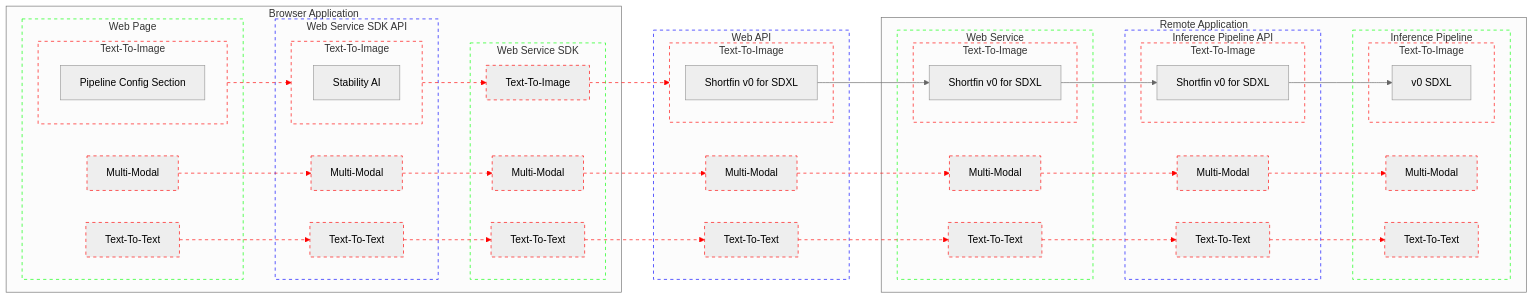
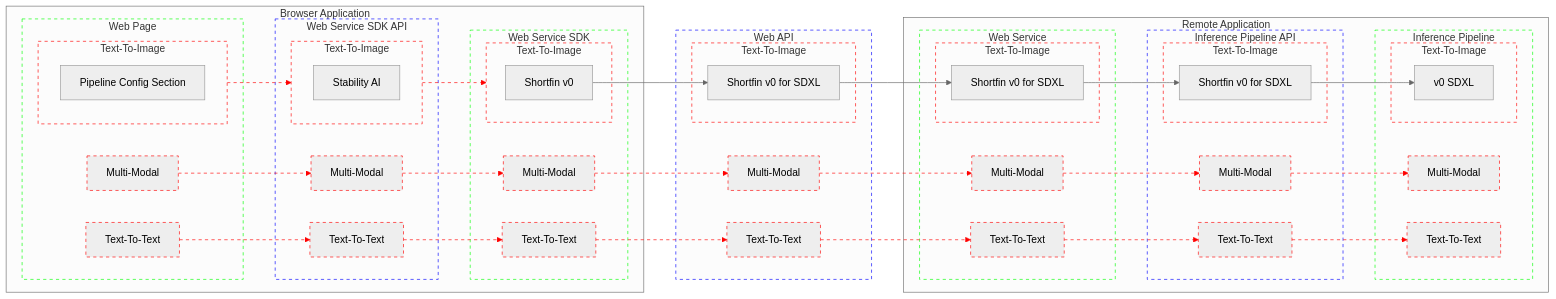
Before and after one commit to bjacobgordon/shark-ui: the diagram in docs/webAPI/architecture.mmd, drawn with Mermaid (neutral theme).

Commit message:
step(SDXL): connects web service SDK via web API

```diff
--- a/docs/webAPI/architecture.mmd
+++ b/docs/webAPI/architecture.mmd
@@ -1,168 +1,169 @@
 flowchart LR
   classDef Contract          stroke: #00F, stroke-dasharray: 5
   classDef ApplicationModule stroke: #0F0, stroke-dasharray: 5
   classDef InferenceModality stroke: #F00, stroke-dasharray: 5
 
   subgraph BrowserApplication[Browser Application]
     subgraph BrowserApplication_WebPage[Web Page]
       subgraph BrowserApplication_WebPage_TextToImage[Text-To-Image]
         BrowserApplication_WebPage_TextToImage_PipelineConfigSection[Pipeline Config Section]
       end
       class BrowserApplication_WebPage_TextToImage InferenceModality
 
       BrowserApplication_WebPage_MultiModal[Multi-Modal]
       class BrowserApplication_WebPage_MultiModal InferenceModality
 
       BrowserApplication_WebPage_TextToText[Text-To-Text]
       class BrowserApplication_WebPage_TextToText InferenceModality
     end
     class BrowserApplication_WebPage ApplicationModule
 
 
     BrowserApplication_WebPage_TextToImage BrowserApplication_WebPage__TextToImage__BrowserApplication_WebServiceSDK_API@--> BrowserApplication_WebServiceSDK_API_TextToImage
     class BrowserApplication_WebPage_TextToImage InferenceModality
     class BrowserApplication_WebPage__TextToImage__BrowserApplication_WebServiceSDK_API InferenceModality
 
     BrowserApplication_WebPage_MultiModal BrowserApplication_WebPage__MultiModal__BrowserApplication_WebServiceSDK_API@--> BrowserApplication_WebServiceSDK_API_MultiModal
     class BrowserApplication_WebPage__MultiModal__BrowserApplication_WebServiceSDK_API InferenceModality
 
     BrowserApplication_WebPage_TextToText BrowserApplication_WebPage__TextToText__BrowserApplication_WebServiceSDK_API@--> BrowserApplication_WebServiceSDK_API_TextToText
     class BrowserApplication_WebPage__TextToText__BrowserApplication_WebServiceSDK_API InferenceModality
 
 
     subgraph BrowserApplication_WebServiceSDK_API[Web Service SDK API]
       subgraph BrowserApplication_WebServiceSDK_API_TextToImage[Text-To-Image]
         BrowserApplication_WebServiceSDK_API_TextToImage_StabilityAI[Stability AI]
       end
       class BrowserApplication_WebServiceSDK_API_TextToImage InferenceModality
 
       BrowserApplication_WebServiceSDK_API_MultiModal[Multi-Modal]
       class BrowserApplication_WebServiceSDK_API_MultiModal InferenceModality
 
       BrowserApplication_WebServiceSDK_API_TextToText[Text-To-Text]
       class BrowserApplication_WebServiceSDK_API_TextToText InferenceModality
     end
     class BrowserApplication_WebServiceSDK_API Contract
 
 
     BrowserApplication_WebServiceSDK_API_TextToImage BrowserApplication_WebServiceSDK_API__TextToImage__BrowserApplication_WebServiceSDK@--> BrowserApplication_WebServiceSDK_TextToImage
     class BrowserApplication_WebServiceSDK_API__TextToImage__BrowserApplication_WebServiceSDK InferenceModality
 
     BrowserApplication_WebServiceSDK_API_MultiModal BrowserApplication_WebServiceSDK_API__MultiModal__BrowserApplication_WebServiceSDK@--> BrowserApplication_WebServiceSDK_MultiModal
     class BrowserApplication_WebServiceSDK_API__MultiModal__BrowserApplication_WebServiceSDK InferenceModality
 
     BrowserApplication_WebServiceSDK_API_TextToText BrowserApplication_WebServiceSDK_API__TextToText__BrowserApplication_WebServiceSDK@--> BrowserApplication_WebServiceSDK_TextToText
     class BrowserApplication_WebServiceSDK_API__TextToText__BrowserApplication_WebServiceSDK InferenceModality
 
 
     subgraph BrowserApplication_WebServiceSDK[Web Service SDK]
-      BrowserApplication_WebServiceSDK_TextToImage[Text-To-Image]
+      subgraph BrowserApplication_WebServiceSDK_TextToImage[Text-To-Image]
+        BrowserApplication_WebServiceSDK_TextToImage_Shortfin_v0[Shortfin v0]
+      end
       class BrowserApplication_WebServiceSDK_TextToImage InferenceModality
 
       BrowserApplication_WebServiceSDK_MultiModal[Multi-Modal]
       class BrowserApplication_WebServiceSDK_MultiModal InferenceModality
 
       BrowserApplication_WebServiceSDK_TextToText[Text-To-Text]
       class BrowserApplication_WebServiceSDK_TextToText InferenceModality
     end
     class BrowserApplication_WebServiceSDK ApplicationModule
   end
 
 
-  BrowserApplication_WebServiceSDK_TextToImage BrowserApplication_WebServiceSDK__TextToImage__WebAPI@--> WebAPI_TextToImage
-  class BrowserApplication_WebServiceSDK__TextToImage__WebAPI InferenceModality
+  BrowserApplication_WebServiceSDK_TextToImage_Shortfin_v0 --> WebAPI_TextToImage_Shortfin_v0_SDXL
 
   BrowserApplication_WebServiceSDK_MultiModal BrowserApplication_WebServiceSDK__MultiModal__WebAPI@--> WebAPI_MultiModal
   class BrowserApplication_WebServiceSDK__MultiModal__WebAPI InferenceModality
 
   BrowserApplication_WebServiceSDK_TextToText BrowserApplication_WebServiceSDK__TextToText__WebAPI@--> WebAPI_TextToText
   class BrowserApplication_WebServiceSDK__TextToText__WebAPI InferenceModality
 
 
   subgraph WebAPI[Web API]
     subgraph WebAPI_TextToImage[Text-To-Image]
       WebAPI_TextToImage_Shortfin_v0_SDXL[Shortfin v0 for SDXL]
     end
     class WebAPI_TextToImage InferenceModality
 
     WebAPI_MultiModal[Multi-Modal]
     class WebAPI_MultiModal InferenceModality
 
     WebAPI_TextToText[Text-To-Text]
     class WebAPI_TextToText InferenceModality
   end
   class WebAPI Contract
 
 
   WebAPI_TextToImage_Shortfin_v0_SDXL --> RemoteApplication_WebService_TextToImage_Shortfin_v0_SDXL
 
   WebAPI_MultiModal WebAPI__MultiModal__RemoteApplication_WebService@--> RemoteApplication_WebService_MultiModal
   class WebAPI__MultiModal__RemoteApplication_WebService InferenceModality
 
   WebAPI_TextToText WebAPI__TextToText__RemoteApplication_WebService@--> RemoteApplication_WebService_TextToText
   class WebAPI__TextToText__RemoteApplication_WebService InferenceModality
 
 
   subgraph RemoteApplication[Remote Application]
     subgraph RemoteApplication_WebService[Web Service]
       subgraph RemoteApplication_WebService_TextToImage[Text-To-Image]
         RemoteApplication_WebService_TextToImage_Shortfin_v0_SDXL[Shortfin v0 for SDXL]
       end
       class RemoteApplication_WebService_TextToImage InferenceModality
 
       RemoteApplication_WebService_MultiModal[Multi-Modal]
       class RemoteApplication_WebService_MultiModal InferenceModality
 
       RemoteApplication_WebService_TextToText[Text-To-Text]
       class RemoteApplication_WebService_TextToText InferenceModality
     end
     class RemoteApplication_WebService ApplicationModule
 
 
     RemoteApplication_WebService_TextToImage_Shortfin_v0_SDXL --> RemoteApplication_InferencePipeline_API_TextToImage_Shortfin_v0_SDXL
 
     RemoteApplication_WebService_MultiModal RemoteApplication_WebService__MultiModal__RemoteApplication_InferencePipeline_API@--> RemoteApplication_InferencePipeline_API_MultiModal
     class RemoteApplication_WebService__MultiModal__RemoteApplication_InferencePipeline_API InferenceModality
 
     RemoteApplication_WebService_TextToText RemoteApplication_WebService__TextToText__RemoteApplication_InferencePipeline_API@--> RemoteApplication_InferencePipeline_API_TextToText
     class RemoteApplication_WebService__TextToText__RemoteApplication_InferencePipeline_API InferenceModality
 
 
     subgraph RemoteApplication_InferencePipeline_API[Inference Pipeline API]
       subgraph RemoteApplication_InferencePipeline_API_TextToImage[Text-To-Image]
         RemoteApplication_InferencePipeline_API_TextToImage_Shortfin_v0_SDXL[Shortfin v0 for SDXL]
       end
       class RemoteApplication_InferencePipeline_API_TextToImage InferenceModality
 
       RemoteApplication_InferencePipeline_API_MultiModal[Multi-Modal]
       class RemoteApplication_InferencePipeline_API_MultiModal InferenceModality
 
       RemoteApplication_InferencePipeline_API_TextToText[Text-To-Text]
       class RemoteApplication_InferencePipeline_API_TextToText InferenceModality
     end
     class RemoteApplication_InferencePipeline_API Contract
 
 
     RemoteApplication_InferencePipeline_API_TextToImage_Shortfin_v0_SDXL --> RemoteApplication_InferencePipeline_TextToImage_SDXL
 
     RemoteApplication_InferencePipeline_API_MultiModal RemoteApplication_InferencePipeline_API__MultiModal__RemoteApplication_InferencePipeline@--> RemoteApplication_InferencePipeline_MultiModal
     class RemoteApplication_InferencePipeline_API__MultiModal__RemoteApplication_InferencePipeline InferenceModality
 
     RemoteApplication_InferencePipeline_API_TextToText RemoteApplication_InferencePipeline_API__TextToText__RemoteApplication_InferencePipeline@--> RemoteApplication_InferencePipeline_TextToText
     class RemoteApplication_InferencePipeline_API__TextToText__RemoteApplication_InferencePipeline InferenceModality
 
 
     subgraph RemoteApplication_InferencePipeline[Inference Pipeline]
       subgraph RemoteApplication_InferencePipeline_TextToImage[Text-To-Image]
         RemoteApplication_InferencePipeline_TextToImage_SDXL[v0 SDXL]
       end
       class RemoteApplication_InferencePipeline_TextToImage InferenceModality
 
       RemoteApplication_InferencePipeline_MultiModal[Multi-Modal]
       class RemoteApplication_InferencePipeline_MultiModal InferenceModality
 
       RemoteApplication_InferencePipeline_TextToText[Text-To-Text]
       class RemoteApplication_InferencePipeline_TextToText InferenceModality
     end
     class RemoteApplication_InferencePipeline ApplicationModule
   end
```
